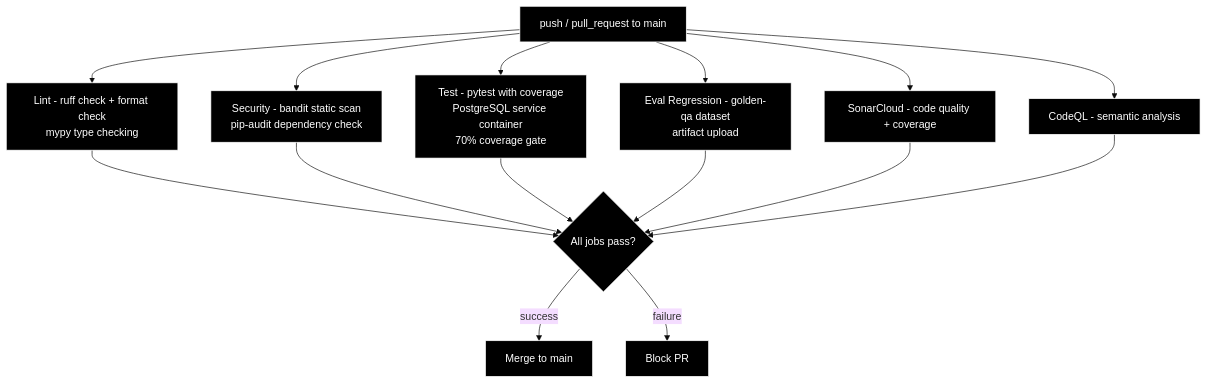
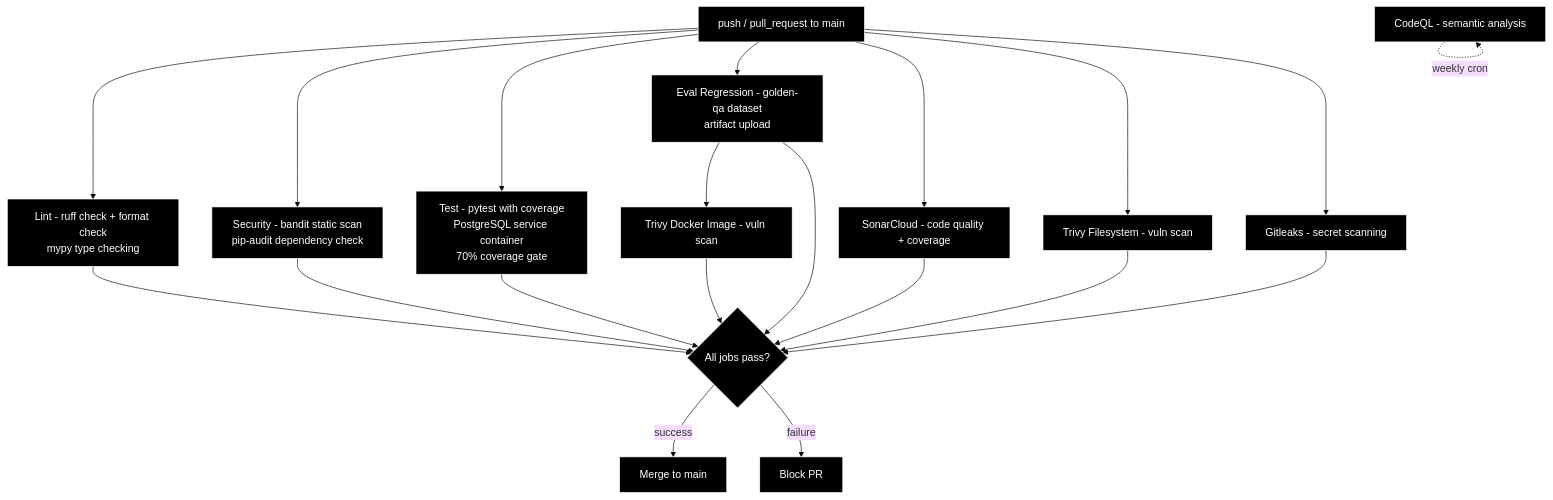
Before and after one commit to Hasan26ozcan/Script-Supervisor: the tenth of 16 diagrams in docs/TECHNICAL_DIAGRAMS.md, drawn with Mermaid (base theme). The commit also changed other lines of this file and 15 other files, not shown here.

````diff
--- a/docs/TECHNICAL_DIAGRAMS.md
+++ b/docs/TECHNICAL_DIAGRAMS.md
@@ -459,29 +515,37 @@
 ```mermaid
 graph TD
     TRIGGER["push / pull_request to main"]
     LINT["Lint - ruff check + format check<br/>mypy type checking"]
     SECURITY["Security - bandit static scan<br/>pip-audit dependency check"]
     TEST["Test - pytest with coverage<br/>PostgreSQL service container<br/>70% coverage gate"]
     EVAL_REG["Eval Regression - golden-qa dataset<br/>artifact upload"]
     SONAR["SonarCloud - code quality + coverage"]
     CODEQL["CodeQL - semantic analysis"]
+    TRIVY_FS["Trivy Filesystem - vuln scan"]
+    TRIVY_IMG["Trivy Docker Image - vuln scan"]
+    GITGUARD["Gitleaks - secret scanning"]
 
     TRIGGER --> LINT
     TRIGGER --> SECURITY
     TRIGGER --> TEST
     TRIGGER --> EVAL_REG
     TRIGGER --> SONAR
-    TRIGGER --> CODEQL
+    TRIGGER --> TRIVY_FS
+    TRIGGER --> GITGUARD
+    EVAL_REG --> TRIVY_IMG
+    CODEQL -.->|"weekly cron"| CODEQL
 
     LINT --> GATE{"All jobs pass?"}
     SECURITY --> GATE
     TEST --> GATE
     EVAL_REG --> GATE
     SONAR --> GATE
-    CODEQL --> GATE
+    TRIVY_FS --> GATE
+    GITGUARD --> GATE
+    TRIVY_IMG --> GATE
 
     GATE -->|"success"| MERGE["Merge to main"]
     GATE -->|"failure"| BLOCK["Block PR"]
 
     classDef default fill:#000000,stroke:#ffffff,stroke-width:1px,color:#ffffff
 ```
````
